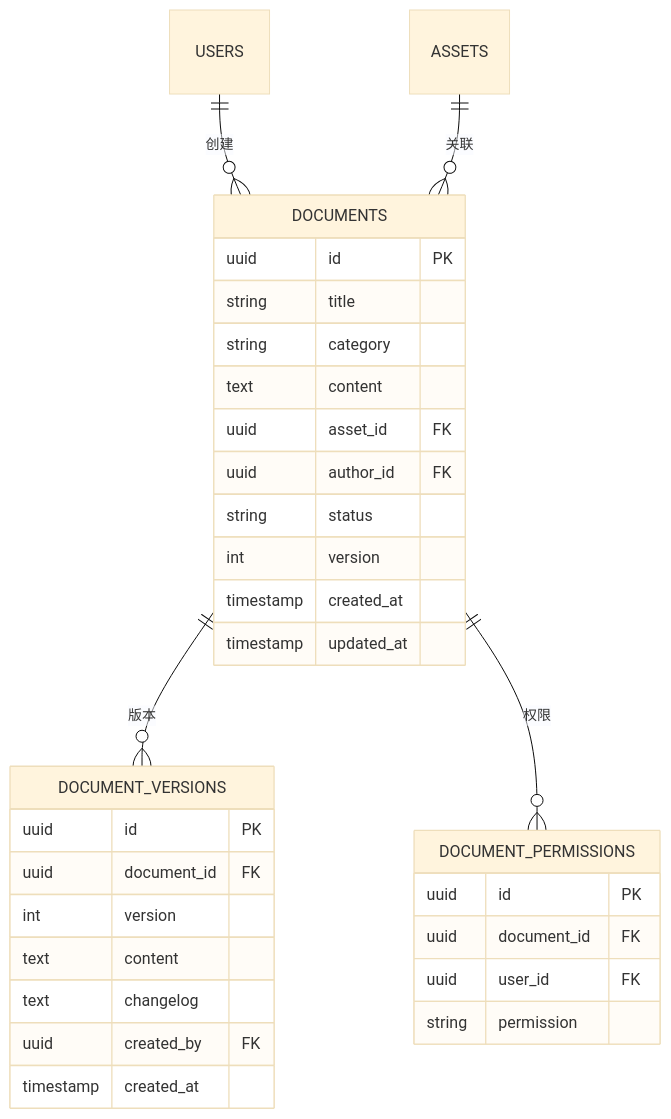
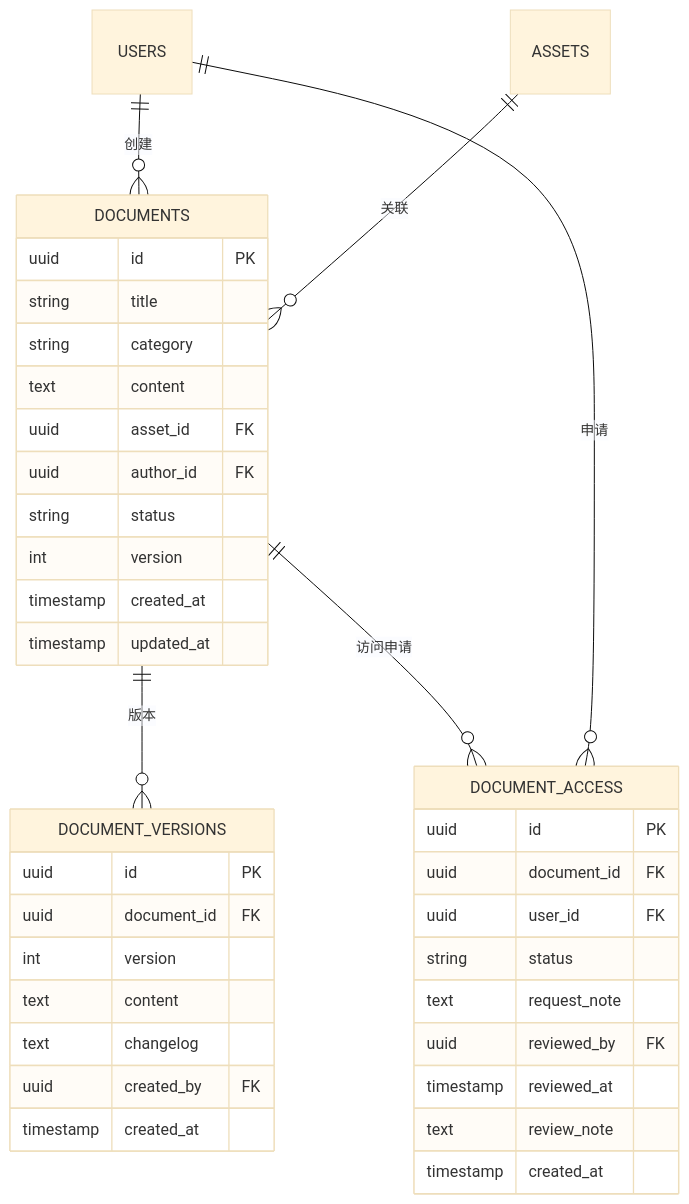
The fourth of 12 diagrams in docs/design/er_diagram.md (dayutech/Vuln-Audit-Lifecycle-Management), drawn with Mermaid (base theme) before and after one commit. The commit also changed other lines of this file and 10 other files, not shown here.

````diff
--- a/docs/design/er_diagram.md
+++ b/docs/design/er_diagram.md
@@ -189,37 +240,43 @@
 ```mermaid
 erDiagram
     USERS ||--o{ DOCUMENTS : "创建"
     ASSETS ||--o{ DOCUMENTS : "关联"
     DOCUMENTS ||--o{ DOCUMENT_VERSIONS : "版本"
-    DOCUMENTS ||--o{ DOCUMENT_PERMISSIONS : "权限"
+    DOCUMENTS ||--o{ DOCUMENT_ACCESS : "访问申请"
+    USERS ||--o{ DOCUMENT_ACCESS : "申请"
     
     DOCUMENTS {
         uuid id PK
         string title
         string category
         text content
         uuid asset_id FK
         uuid author_id FK
         string status
         int version
         timestamp created_at
         timestamp updated_at
     }
     
     DOCUMENT_VERSIONS {
         uuid id PK
         uuid document_id FK
         int version
         text content
         text changelog
         uuid created_by FK
         timestamp created_at
     }
     
-    DOCUMENT_PERMISSIONS {
+    DOCUMENT_ACCESS {
         uuid id PK
         uuid document_id FK
         uuid user_id FK
-        string permission
+        string status
+        text request_note
+        uuid reviewed_by FK
+        timestamp reviewed_at
+        text review_note
+        timestamp created_at
     }
 ```
````
